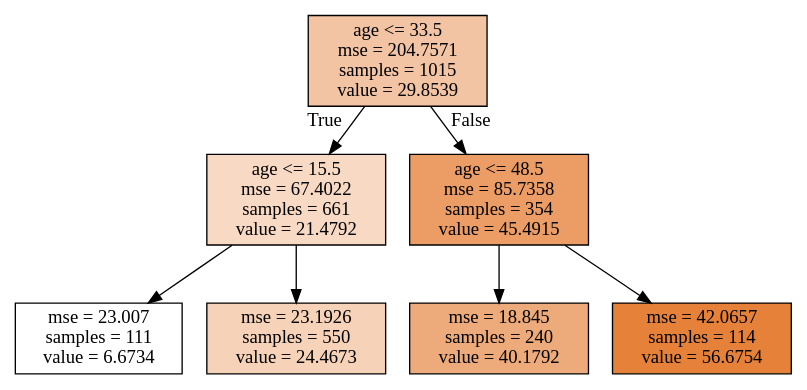
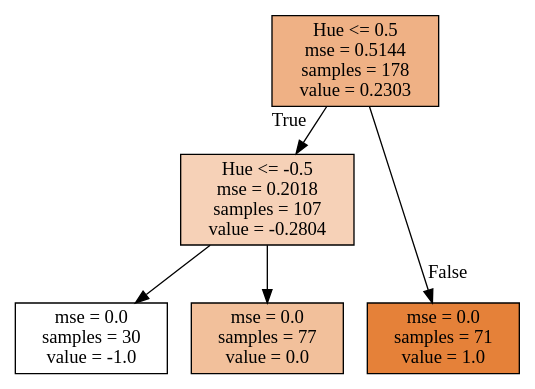
Before and after one commit to abbyschantz/cs35: the diagram in hw5/tree2.dot, drawn with Graphviz. The commit also changed 6 other files, not shown here.

```diff
--- a/hw5/tree2.dot
+++ b/hw5/tree2.dot
@@ -1,20 +1,16 @@
 digraph Tree {
 node [shape=box, style="filled", color="black"] ;
 graph [ranksep=equally, splines=polyline] ;
-0 [label="age <= 33.5\nmse = 204.7571\nsamples = 1015\nvalue = 29.8539", fillcolor="#e5813976"] ;
-1 [label="age <= 15.5\nmse = 67.4022\nsamples = 661\nvalue = 21.4792", fillcolor="#e581394c"] ;
+0 [label="Hue <= 0.5\nmse = 0.5144\nsamples = 178\nvalue = 0.2303", fillcolor="#e581399d"] ;
+1 [label="Hue <= -0.5\nmse = 0.2018\nsamples = 107\nvalue = -0.2804", fillcolor="#e581395c"] ;
 0 -> 1 [labeldistance=2.5, labelangle=45, headlabel="True"] ;
-2 [label="mse = 23.007\nsamples = 111\nvalue = 6.6734", fillcolor="#e5813900"] ;
+2 [label="mse = 0.0\nsamples = 30\nvalue = -1.0", fillcolor="#e5813900"] ;
 1 -> 2 ;
-3 [label="mse = 23.1926\nsamples = 550\nvalue = 24.4673", fillcolor="#e581395b"] ;
+3 [label="mse = 0.0\nsamples = 77\nvalue = 0.0", fillcolor="#e5813980"] ;
 1 -> 3 ;
-4 [label="age <= 48.5\nmse = 85.7358\nsamples = 354\nvalue = 45.4915", fillcolor="#e58139c6"] ;
+4 [label="mse = 0.0\nsamples = 71\nvalue = 1.0", fillcolor="#e58139ff"] ;
 0 -> 4 [labeldistance=2.5, labelangle=-45, headlabel="False"] ;
-5 [label="mse = 18.845\nsamples = 240\nvalue = 40.1792", fillcolor="#e58139ab"] ;
-4 -> 5 ;
-6 [label="mse = 42.0657\nsamples = 114\nvalue = 56.6754", fillcolor="#e58139ff"] ;
-4 -> 6 ;
 {rank=same ; 0} ;
-{rank=same ; 1; 4} ;
-{rank=same ; 2; 3; 5; 6} ;
+{rank=same ; 1} ;
+{rank=same ; 2; 3; 4} ;
 }
```
